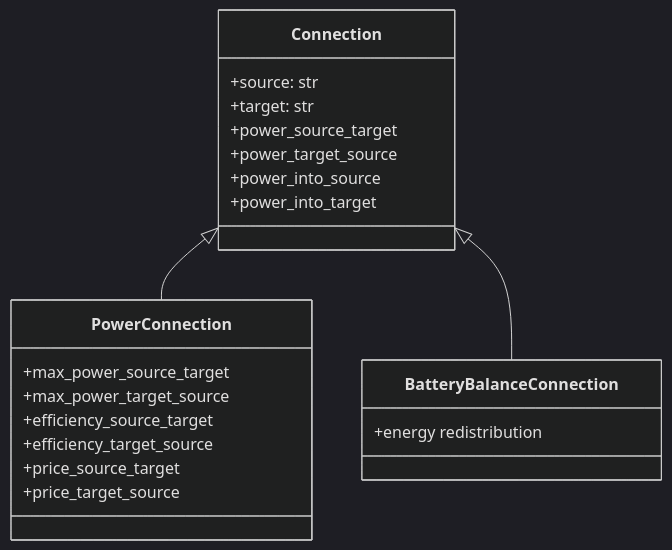
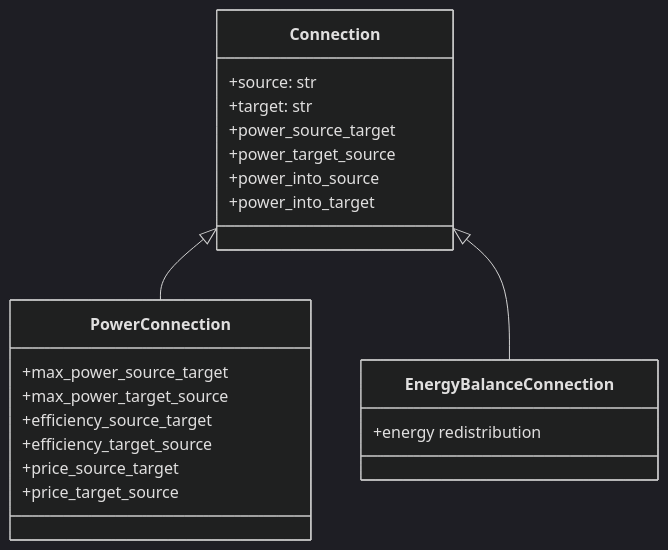
One commit to hass-energy/haeo changed the diagram in docs/modeling/model-layer/connections/index.md. Above: the diagram before and after it, drawn with Mermaid (dark theme). The commit also changed other lines of this file and 18 other files, not shown here.

First line of the commit message:
Rename documentation: Battery→EnergyStorage, section→partition

````diff
--- a/docs/modeling/model-layer/connections/index.md
+++ b/docs/modeling/model-layer/connections/index.md
@@ -10,27 +10,27 @@
 ```mermaid
 classDiagram
     Connection <|-- PowerConnection
-    Connection <|-- BatteryBalanceConnection
+    Connection <|-- EnergyBalanceConnection
 
     class Connection {
         +source: str
         +target: str
         +power_source_target
         +power_target_source
         +power_into_source
         +power_into_target
     }
 
     class PowerConnection {
         +max_power_source_target
         +max_power_target_source
         +efficiency_source_target
         +efficiency_target_source
         +price_source_target
         +price_target_source
     }
 
-    class BatteryBalanceConnection {
+    class EnergyBalanceConnection {
         +energy redistribution
     }
 ```
````
